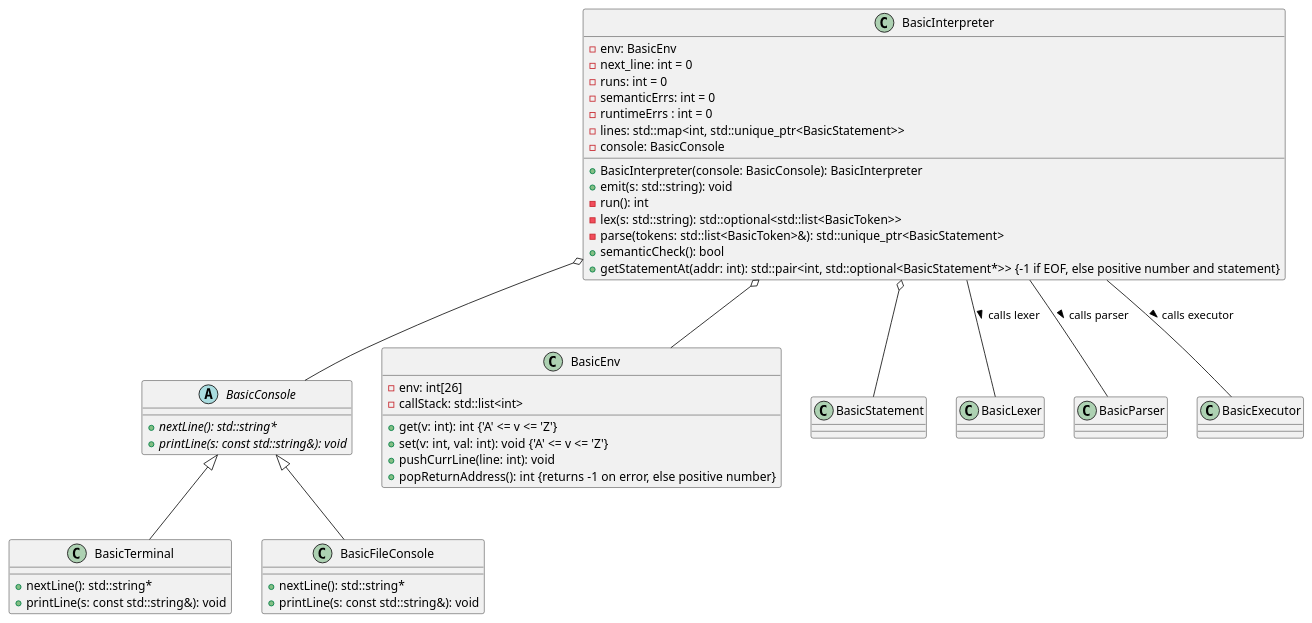
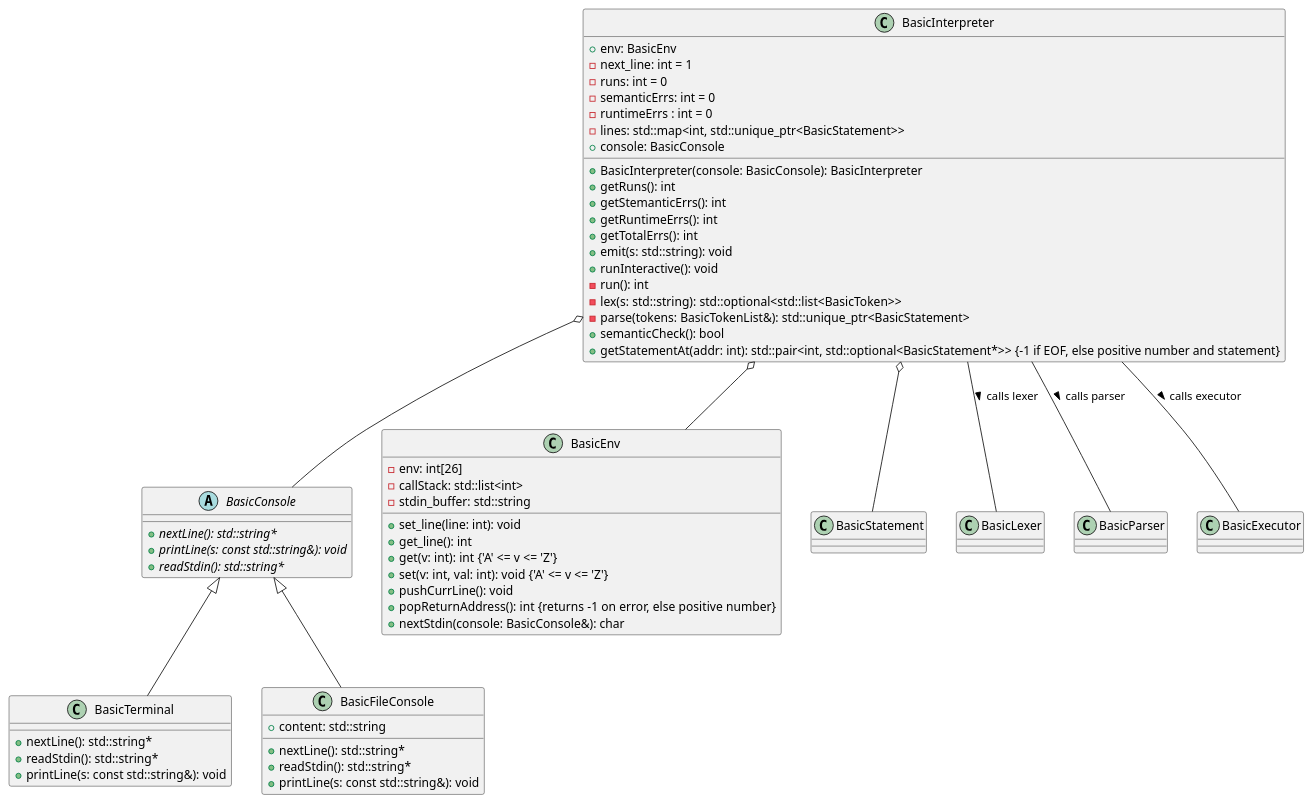
One commit to rossonlinesolutions/BASIC changed the diagram in Documentation/InterpreterClasses.puml. Above: the diagram before and after it, drawn with PlantUML. The commit also changed 3 other files, not shown here.

Commit message:
Update UML class diagrams

```diff
--- a/Documentation/InterpreterClasses.puml
+++ b/Documentation/InterpreterClasses.puml
@@ -1,52 +1,65 @@
 @startuml Interpreter classes
 
 class BasicInterpreter {
-    - env: BasicEnv
-    - next_line: int = 0
+    + env: BasicEnv
+    - next_line: int = 1
     - runs: int = 0
     - semanticErrs: int = 0
     - runtimeErrs : int = 0
     - lines: std::map<int, std::unique_ptr<BasicStatement>>
-    - console: BasicConsole
+    + console: BasicConsole
     + BasicInterpreter(console: BasicConsole): BasicInterpreter
+    + getRuns(): int
+    + getStemanticErrs(): int
+    + getRuntimeErrs(): int
+    + getTotalErrs(): int
     + emit(s: std::string): void
+    + runInteractive(): void
     - run(): int
     - lex(s: std::string): std::optional<std::list<BasicToken>>
-    - parse(tokens: std::list<BasicToken>&): std::unique_ptr<BasicStatement>
+    - parse(tokens: BasicTokenList&): std::unique_ptr<BasicStatement>
     + semanticCheck(): bool
     + getStatementAt(addr: int): std::pair<int, std::optional<BasicStatement*>> {-1 if EOF, else positive number and statement}
 }
 
 abstract class BasicConsole {
     + {abstract} nextLine(): std::string*
     + {abstract} printLine(s: const std::string&): void
+    + {abstract} readStdin(): std::string*
 }
 
 class BasicTerminal extends BasicConsole {
     + nextLine(): std::string*
+    + readStdin(): std::string*
     + printLine(s: const std::string&): void
 }
 
 class BasicFileConsole extends BasicConsole {
+    + content: std::string
     + nextLine(): std::string*
+    + readStdin(): std::string*
     + printLine(s: const std::string&): void
 }
 
 class BasicEnv {
     - env: int[26]
     - callStack: std::list<int>
+    - stdin_buffer: std::string
+    + set_line(line: int): void
+    + get_line(): int
     + get(v: int): int {'A' <= v <= 'Z'}
     + set(v: int, val: int): void {'A' <= v <= 'Z'}
-    + pushCurrLine(line: int): void
+    + pushCurrLine(): void
     + popReturnAddress(): int {returns -1 on error, else positive number}
+    + nextStdin(console: BasicConsole&): char
 }
 
 BasicInterpreter o-- BasicConsole
 BasicInterpreter o-- BasicStatement
 BasicInterpreter o-- BasicEnv
 
 BasicInterpreter -- BasicLexer : calls lexer >
 BasicInterpreter -- BasicParser : calls parser >
 BasicInterpreter -- BasicExecutor : calls executor >
 
 @enduml
```
